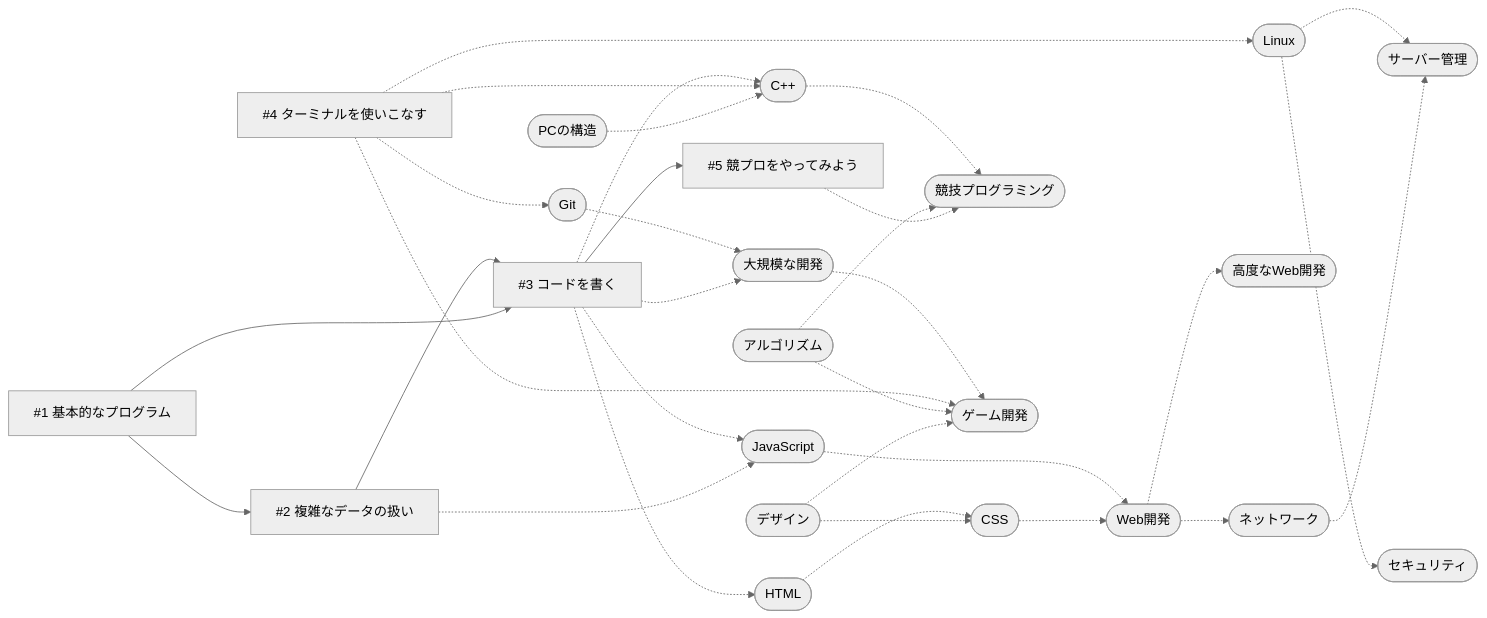
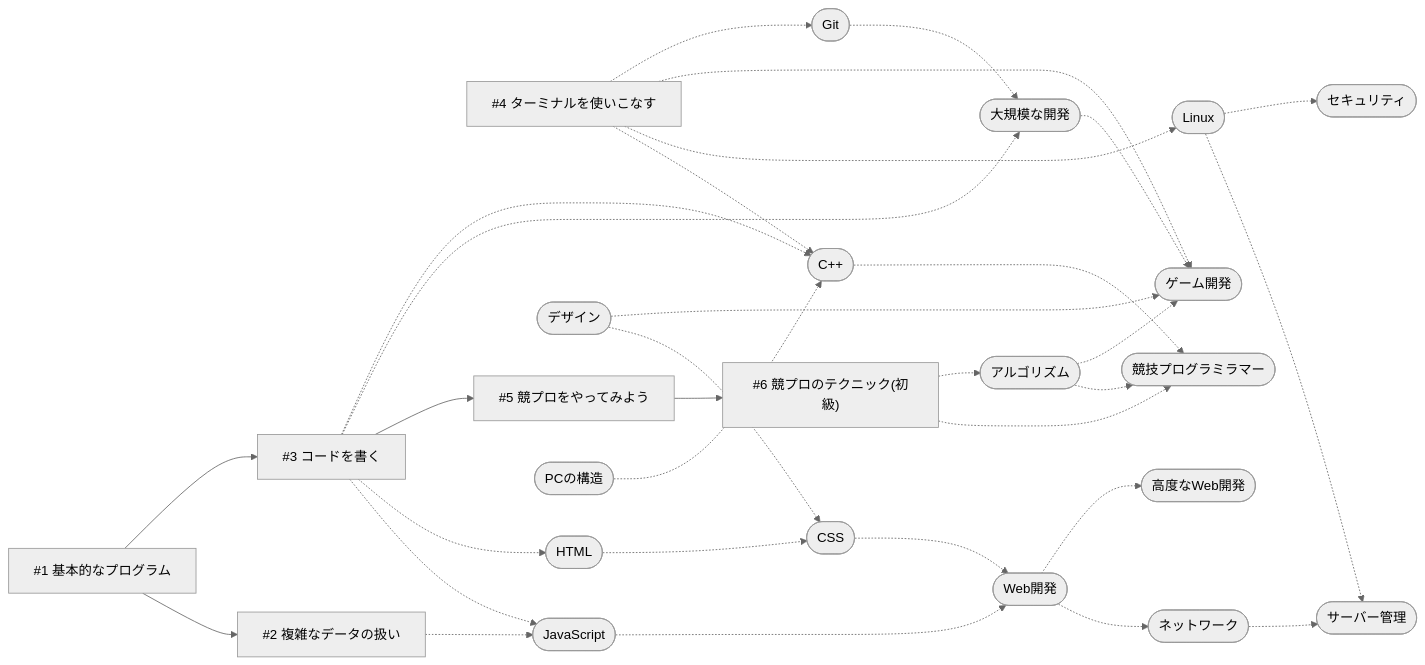
Before and after one commit to Koyo-PC/Guide-For-Members: the diagram in index.md, drawn with Mermaid (neutral theme). The commit also changed other lines of this file, not shown here.

````diff
--- a/index.md
+++ b/index.md
@@ -63,34 +64,36 @@
 ```mermaid
 flowchart LR
 #1[#1 基本的なプログラム] --> #2[#2 複雑なデータの扱い]
 #1 --> #3[#3 コードを書く]
 #4[#4 ターミナルを使いこなす]
 #2 -.-> JS([JavaScript])
-#2 --> #3
+%% #2 --> #5
 #3 -.-> JS
 #3 -.-> HTML([HTML])
 Design([デザイン]) -.-> CSS([CSS])
 HTML -.-> CSS
 CSS -.-> Web([Web開発])
 JS -.-> Web
 Web -.-> Net([ネットワーク])
 Net -.-> Server([サーバー管理])
 Web -.-> HardWeb([高度なWeb開発])
 #3 --> #5[#5 競プロをやってみよう]
-#5 -.-> 競プロ([競技プログラミング])
-Algo([アルゴリズム]) -.-> 競プロ
+#5 --> #6["#6 競プロのテクニック(初級)"]
+#6 -.-> 競プロer([競技プログラミラマー])
+Algo([アルゴリズム]) -.-> 競プロer
+#6 -.-> Algo
 Computer([PCの構造]) -.-> C++([C++])
-C++ -.-> 競プロ
+C++ -.-> 競プロer
 #4 -.-> C++
 #4 -.-> Linux([Linux])
 Linux -.-> Server
 Linux -.-> Hacking([セキュリティ])
 Design -.-> Game([ゲーム開発])
 Algo -.-> Game
 #4 -.-> Game
 #4 -.-> Git([Git])
 #3 -.-> Project([大規模な開発])
 Git -.-> Project
 Project -.-> Game
 #3 -.-> C++
 ```
````
